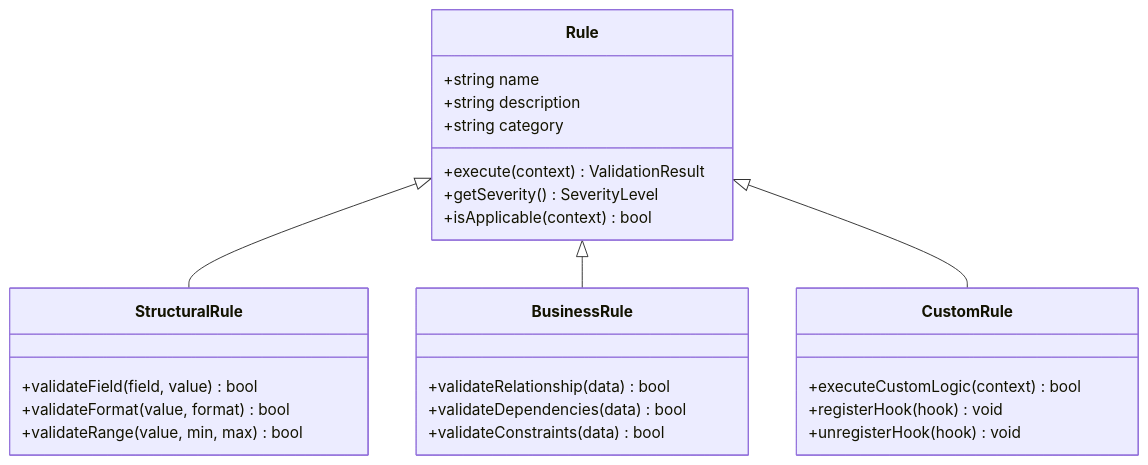
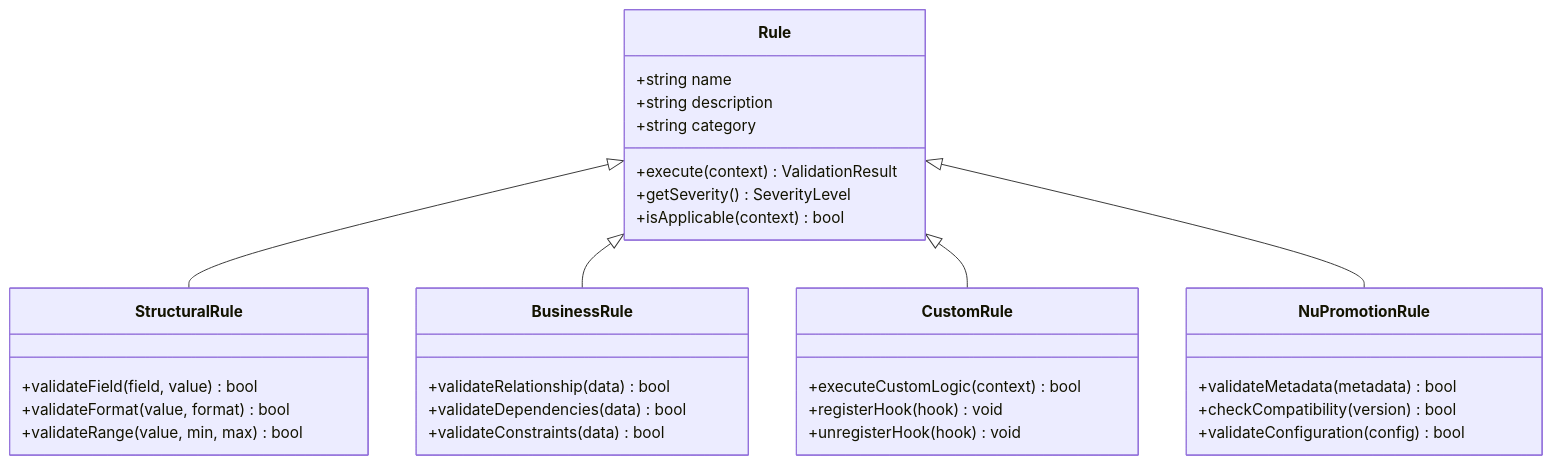
The fourth of 4 diagrams in .qoder/repowiki/en/content/Core Components/Manifest Validator.md (numan-cli/numan-plugins), drawn with Mermaid before and after one commit. The commit also changed other lines of this file and 18 other files, not shown here.

````diff
--- a/.qoder/repowiki/en/content/Core Components/Manifest Validator.md
+++ b/.qoder/repowiki/en/content/Core Components/Manifest Validator.md
@@ -159,29 +176,35 @@
 ```mermaid
 classDiagram
 class Rule {
 +string name
 +string description
 +string category
 +execute(context) ValidationResult
 +getSeverity() SeverityLevel
 +isApplicable(context) bool
 }
 class StructuralRule {
 +validateField(field, value) bool
 +validateFormat(value, format) bool
 +validateRange(value, min, max) bool
 }
 class BusinessRule {
 +validateRelationship(data) bool
 +validateDependencies(data) bool
 +validateConstraints(data) bool
 }
 class CustomRule {
 +executeCustomLogic(context) bool
 +registerHook(hook) void
 +unregisterHook(hook) void
 }
+class NuPromotionRule {
++validateMetadata(metadata) bool
++checkCompatibility(version) bool
++validateConfiguration(config) bool
+}
 Rule <|-- StructuralRule
 Rule <|-- BusinessRule
 Rule <|-- CustomRule
+Rule <|-- NuPromotionRule
 ```
````
